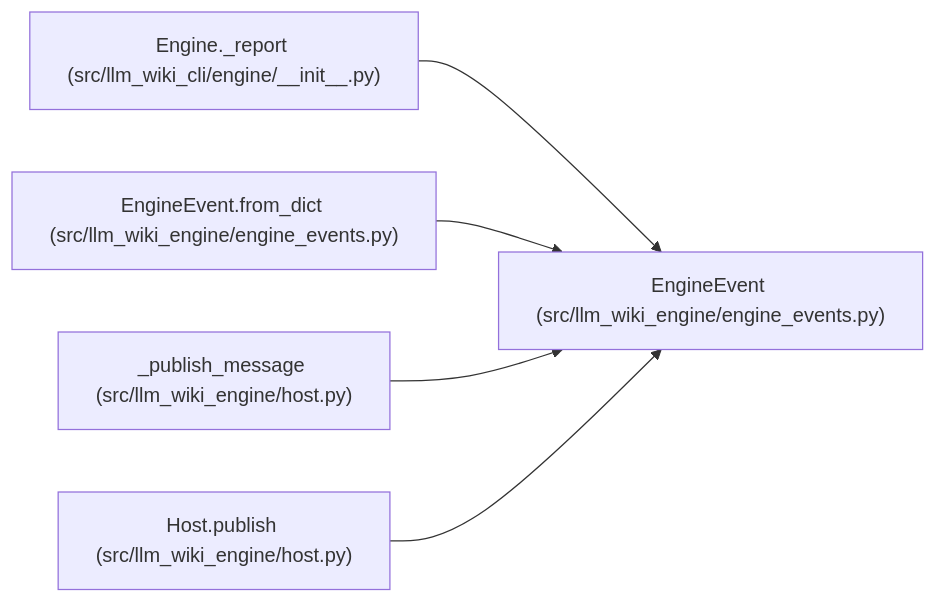
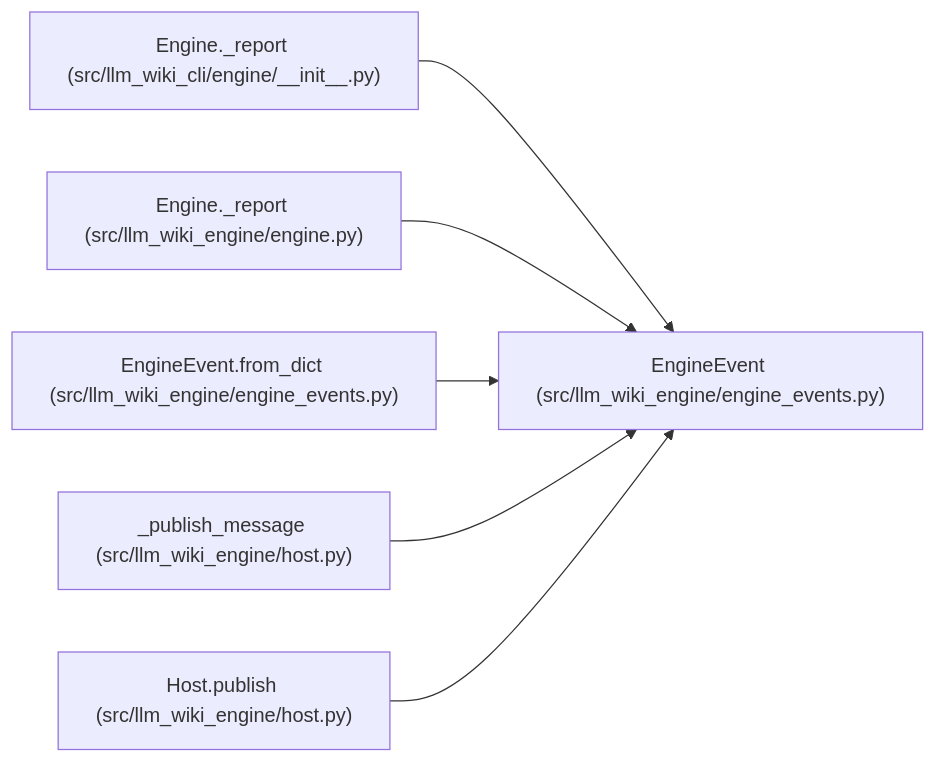
One commit to Denissvgn/python-wiki-llm changed the diagram in docs/llm_wiki/entities/EngineEvent.md. Above: the diagram before and after it, drawn with Mermaid. The commit also changed other lines of this file and 719 other files, not shown here.

Commit message:
docs: refresh the wiki for the engine's own use cases

````diff
--- a/docs/llm_wiki/entities/EngineEvent.md
+++ b/docs/llm_wiki/entities/EngineEvent.md
@@ -34,17 +34,20 @@
 ```mermaid
 flowchart LR
     n0["EngineEvent (src/llm_wiki_engine/engine_events.py)"]
     n1["Engine._report (src/llm_wiki_cli/engine/__init__.py)"]
-    n2["EngineEvent.from_dict (src/llm_wiki_engine/engine_events.py)"]
-    n3["_publish_message (src/llm_wiki_engine/host.py)"]
-    n4["Host.publish (src/llm_wiki_engine/host.py)"]
+    n2["Engine._report (src/llm_wiki_engine/engine.py)"]
+    n3["EngineEvent.from_dict (src/llm_wiki_engine/engine_events.py)"]
+    n4["_publish_message (src/llm_wiki_engine/host.py)"]
+    n5["Host.publish (src/llm_wiki_engine/host.py)"]
     n1 --> n0
     n2 --> n0
     n3 --> n0
     n4 --> n0
+    n5 --> n0
     click n0 "../modules/engine_events.md"
     click n1 "../modules/engine___init__.md"
-    click n2 "../modules/engine_events.md"
-    click n3 "../modules/host.md"
+    click n2 "../modules/engine.md"
+    click n3 "../modules/engine_events.md"
     click n4 "../modules/host.md"
+    click n5 "../modules/host.md"
 ```
````
